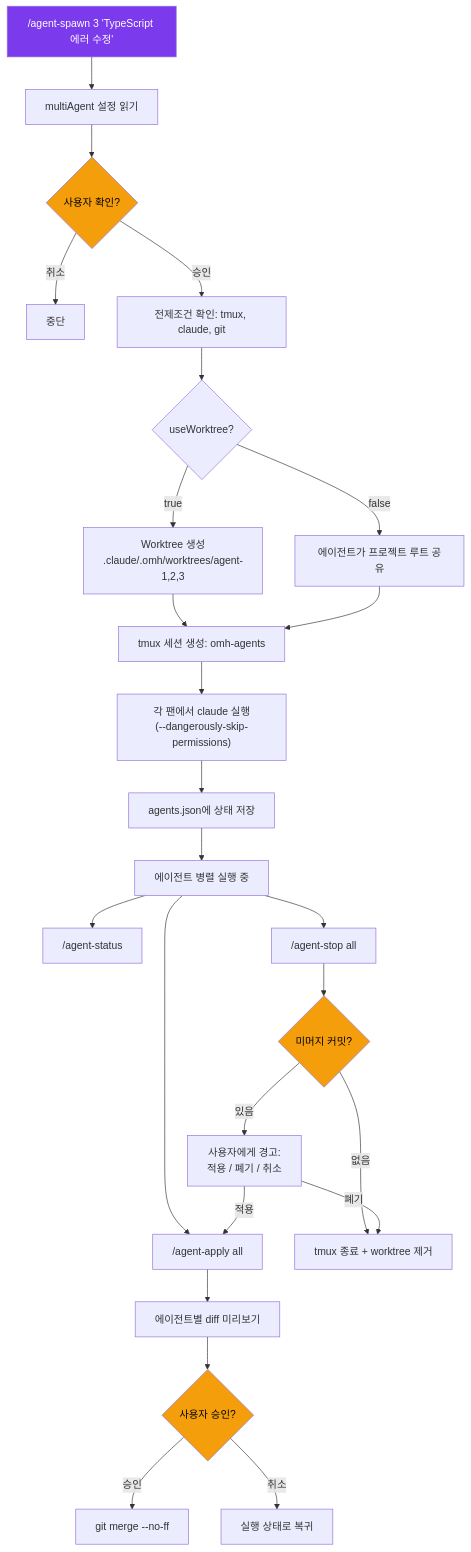
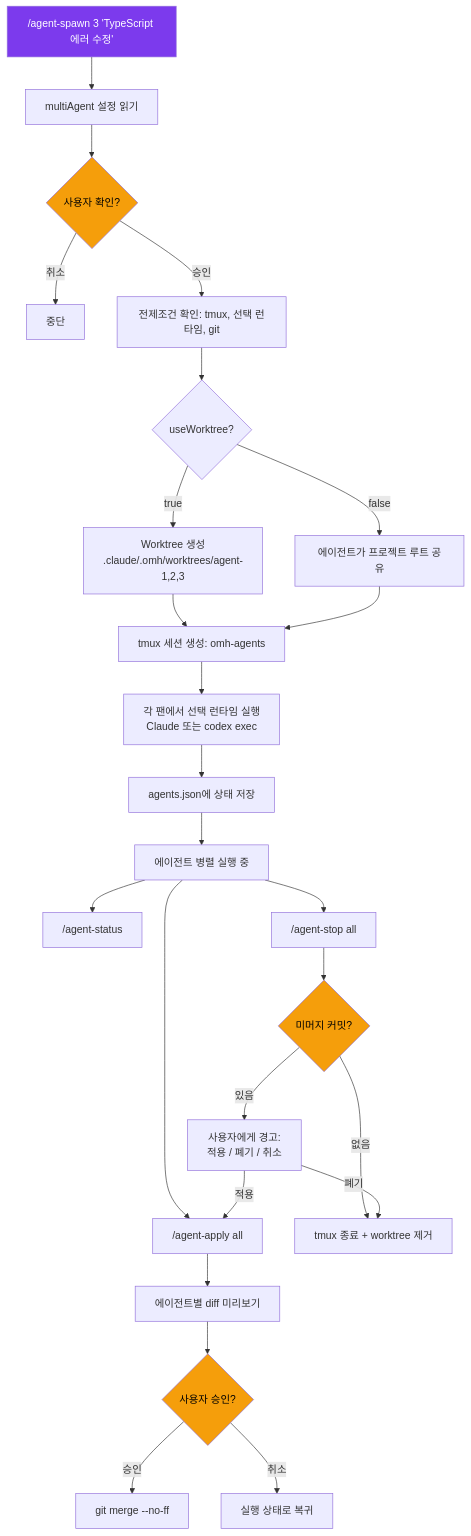
One commit to Hoya324/oh-my-harness changed the first of 3 diagrams in docs/multi-agent.ko.md. Above: the diagram before and after it, drawn with Mermaid. The commit also changed other lines of this file and 20 other files, not shown here.

Commit message:
docs: document Claude and Codex support

````diff
--- a/docs/multi-agent.ko.md
+++ b/docs/multi-agent.ko.md
@@ -16,38 +29,38 @@
 ```mermaid
 graph TD
     START["/agent-spawn 3 'TypeScript 에러 수정'"] --> CONFIG[multiAgent 설정 읽기]
     CONFIG --> CONFIRM{"사용자 확인?"}
     CONFIRM -->|취소| ABORT[중단]
-    CONFIRM -->|승인| CHECK["전제조건 확인: tmux, claude, git"]
+    CONFIRM -->|승인| CHECK["전제조건 확인: tmux, 선택 런타임, git"]
     CHECK --> WT{"useWorktree?"}
 
     WT -->|true| CREATE_WT["Worktree 생성<br/>.claude/.omh/worktrees/agent-1,2,3"]
     WT -->|false| SHARED[에이전트가 프로젝트 루트 공유]
 
     CREATE_WT --> TMUX["tmux 세션 생성: omh-agents"]
     SHARED --> TMUX
 
-    TMUX --> LAUNCH["각 팬에서 claude 실행<br/>(--dangerously-skip-permissions)"]
+    TMUX --> LAUNCH["각 팬에서 선택 런타임 실행<br/>Claude 또는 codex exec"]
     LAUNCH --> STATE[agents.json에 상태 저장]
     STATE --> DONE[에이전트 병렬 실행 중]
 
     DONE --> STATUS["/agent-status"]
     DONE --> APPLY["/agent-apply all"]
     DONE --> STOP["/agent-stop all"]
 
     APPLY --> DIFF[에이전트별 diff 미리보기]
     DIFF --> MERGE{"사용자 승인?"}
     MERGE -->|승인| GIT_MERGE["git merge --no-ff"]
     MERGE -->|취소| BACK[실행 상태로 복귀]
 
     STOP --> UNMERGED{"미머지 커밋?"}
     UNMERGED -->|있음| WARN["사용자에게 경고:<br/>적용 / 폐기 / 취소"]
     UNMERGED -->|없음| CLEANUP["tmux 종료 + worktree 제거"]
     WARN -->|폐기| CLEANUP
     WARN -->|적용| APPLY
 
     style START fill:#7C3AED,color:#fff
     style CONFIRM fill:#f59e0b,color:#000
     style MERGE fill:#f59e0b,color:#000
     style UNMERGED fill:#f59e0b,color:#000
 ```
````
